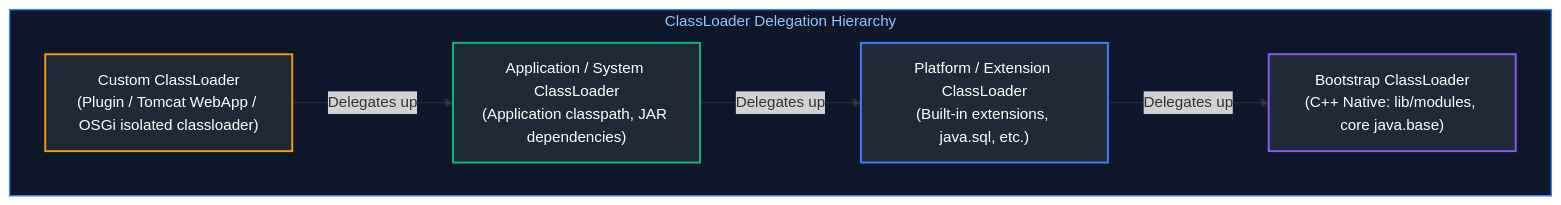
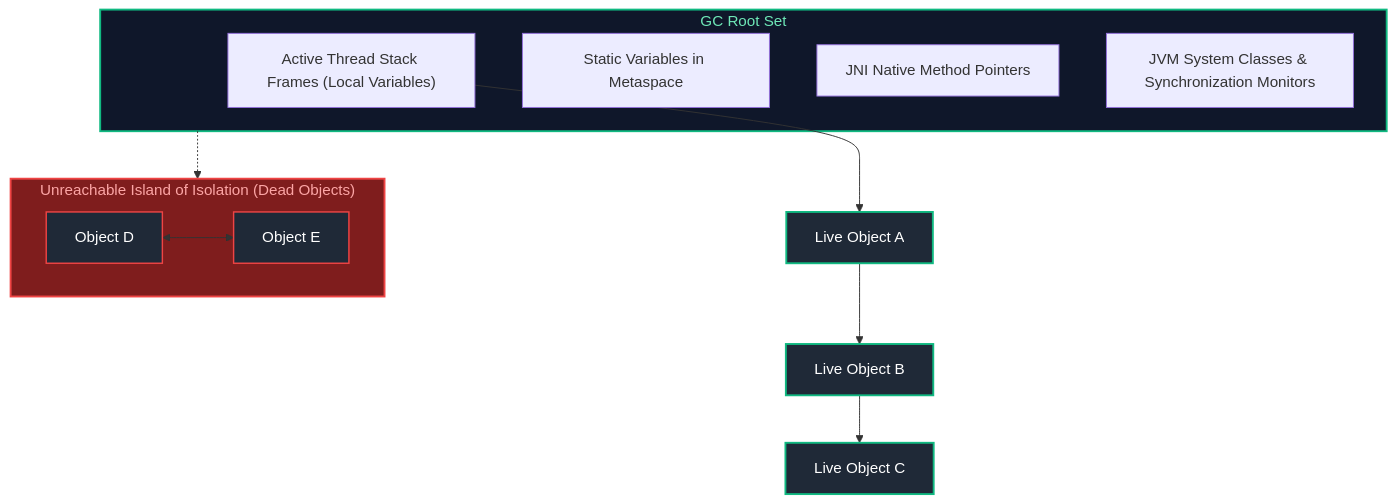
One commit to joydeep-biswas/Interview-Preparation changed the seventh of 11 diagrams in Java Backend Engineering/05_jvm_memory_io_reflection_runtime.md. Above: the diagram before and after it, drawn with Mermaid. The commit also changed other lines of this file and 143 other files, not shown here.

````diff
--- a/Java Backend Engineering/05_jvm_memory_io_reflection_runtime.md
+++ b/Java Backend Engineering/05_jvm_memory_io_reflection_runtime.md
@@ -663,19 +524,27 @@
 ```mermaid
 flowchart TD
-    subgraph ClassLoaderHierarchy ["ClassLoader Delegation Hierarchy"]
-        Bootstrap["Bootstrap ClassLoader<br/>(C++ Native: lib/modules, core java.base)"]
-        Platform["Platform / Extension ClassLoader<br/>(Built-in extensions, java.sql, etc.)"]
-        App["Application / System ClassLoader<br/>(Application classpath, JAR dependencies)"]
-        Custom["Custom ClassLoader<br/>(Plugin / Tomcat WebApp / OSGi isolated classloader)"]
-
-        Custom -->|"Delegates up"| App
-        App -->|"Delegates up"| Platform
-        Platform -->|"Delegates up"| Bootstrap
+    subgraph Roots ["GC Root Set"]
+        R1["Active Thread Stack Frames (Local Variables)"]
+        R2["Static Variables in Metaspace"]
+        R3["JNI Native Method Pointers"]
+        R4["JVM System Classes & Synchronization Monitors"]
     end
 
-    style ClassLoaderHierarchy fill:#0f172a,stroke:#3b82f6,stroke-width:1.5px,color:#93c5fd
-    style Bootstrap fill:#1f2937,stroke:#8b5cf6,stroke-width:2px,color:#fff
-    style Platform fill:#1f2937,stroke:#3b82f6,stroke-width:2px,color:#fff
-    style App fill:#1f2937,stroke:#10b981,stroke-width:2px,color:#fff
-    style Custom fill:#1f2937,stroke:#f59e0b,stroke-width:2px,color:#fff
+    R1 --> A["Live Object A"]
+    A --> B["Live Object B"]
+    B --> C["Live Object C"]
+
+    subgraph DeadIsland ["Unreachable Island of Isolation (Dead Objects)"]
+        D["Object D"] <--> E["Object E"]
+    end
+
+    Roots -.-> DeadIsland
+
+    style Roots fill:#0f172a,stroke:#10b981,stroke-width:2px,color:#6ee7b7
+    style A fill:#1f2937,stroke:#10b981,stroke-width:2px,color:#fff
+    style B fill:#1f2937,stroke:#10b981,stroke-width:2px,color:#fff
+    style C fill:#1f2937,stroke:#10b981,stroke-width:2px,color:#fff
+    style DeadIsland fill:#7f1d1d,stroke:#ef4444,stroke-width:2px,color:#fca5a5
+    style D fill:#1f2937,stroke:#ef4444,stroke-width:1.5px,color:#fff
+    style E fill:#1f2937,stroke:#ef4444,stroke-width:1.5px,color:#fff
 ```
````
